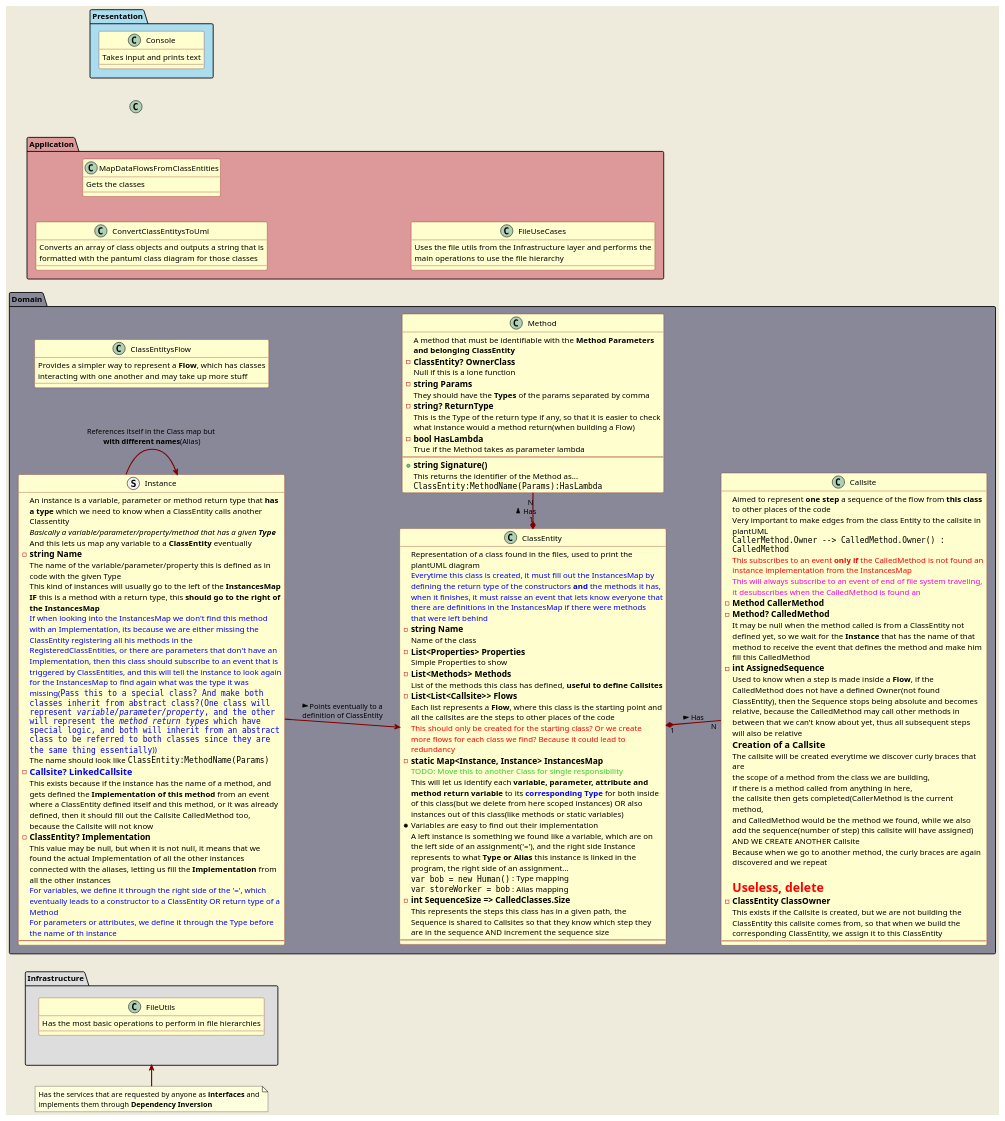
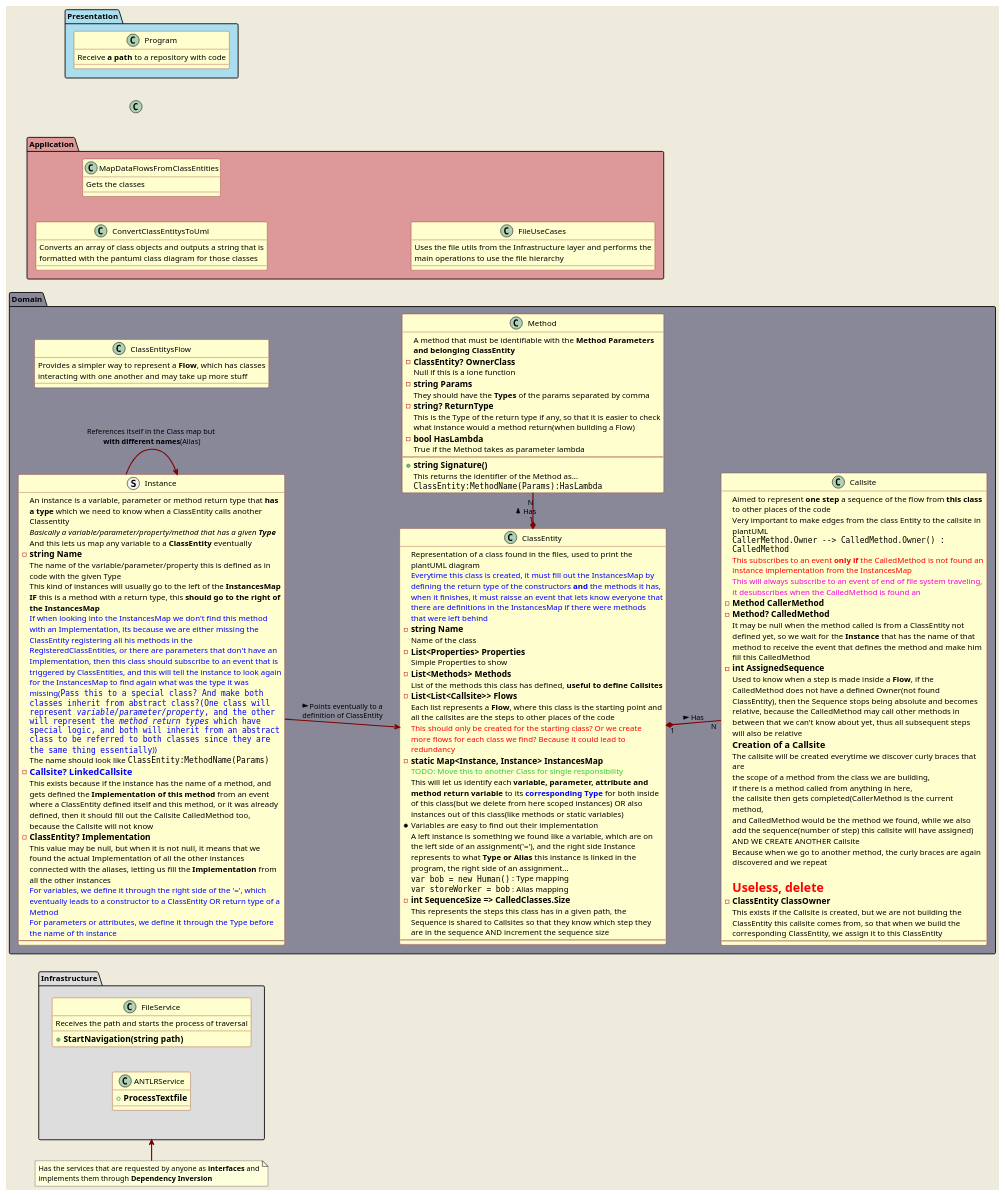
The diagram in Deesign/StartingDesign.puml (ToughKnee/FlowUML), drawn with PlantUML before and after one commit. The commit also changed 3 other files, not shown here.

```diff
--- a/Deesign/StartingDesign.puml
+++ b/Deesign/StartingDesign.puml
@@ -28,24 +28,37 @@
 
 package Presentation #ade
 {
-  class Console
+  class Program
   {
-    Takes input and prints text
+    Receive **a path** to a repository with code
   }
 }
 
 
 package Infrastructure #ddd 
 {
-  class FileUtils
+  class FileService
   {
-    Has the most basic operations to perform in file hierarchies
+    +===StartNavigation(string path)
+    Receives the path and starts the process of traversal
+
+  }
+
+  'Make entry point to this place
+  class ANTLRService
+  {
+    +===ProcessTextfile
   }
 }
 note as infLayerNote
   Has the services that are requested by anyone as **interfaces** and implements them through **Dependency Inversion**
   end note
   infLayerNote -> Infrastructure
+
+
+
+
+
 
 
 package Application #d99
@@ -66,6 +79,15 @@
     Uses the file utils from the Infrastructure layer and performs the main operations to use the file hierarchy
   }
 }
+
+
+
+
+
+
+
+
+
 package Domain #889
 {
   'TODO: Rethink as  just **Flow** instead of this name
```
